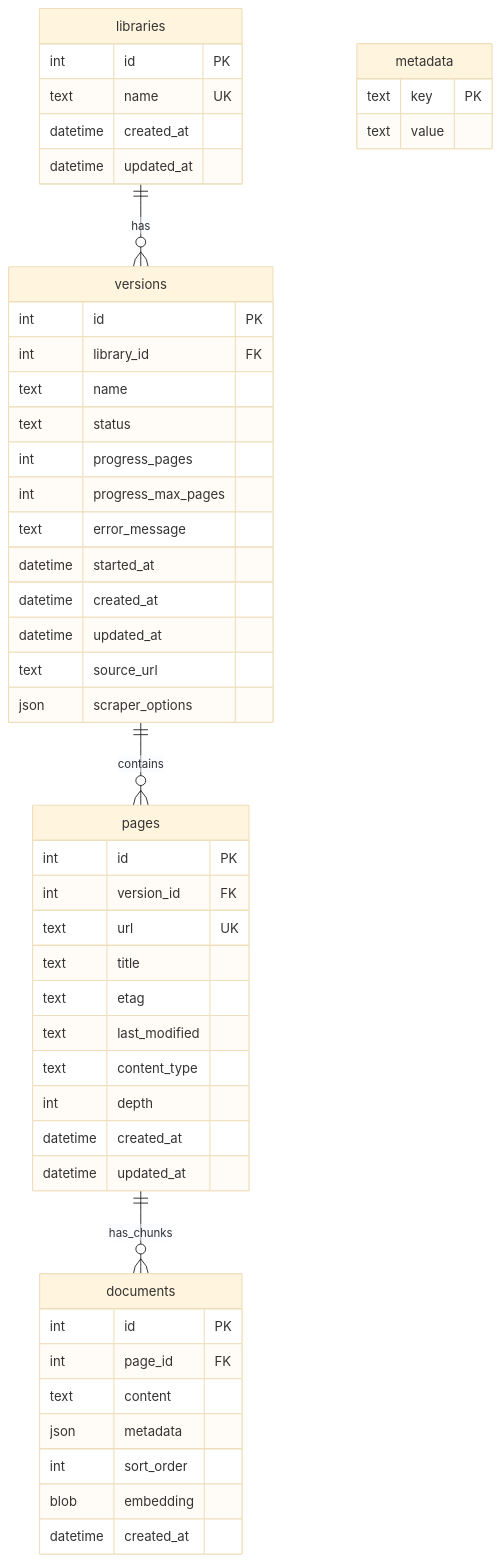
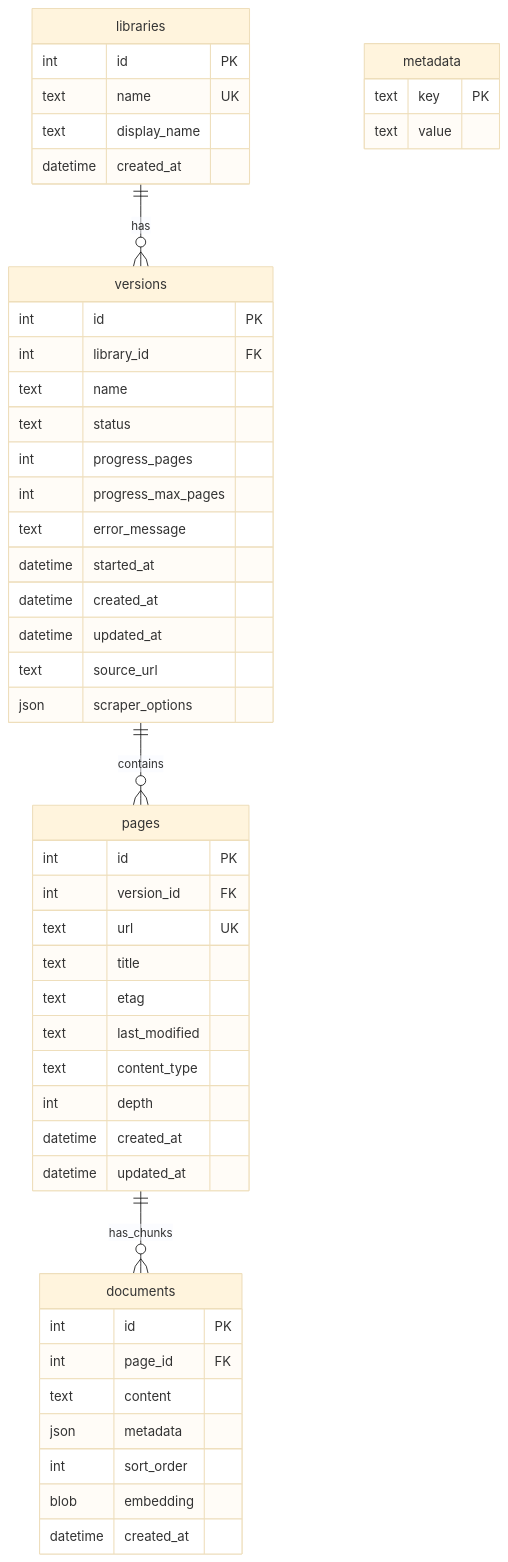
Before and after one commit to arabold/docs-mcp-server: the diagram in docs/concepts/data-storage.md, drawn with Mermaid (base theme). The commit also changed other lines of this file and 41 other files, not shown here.

````diff
--- a/docs/concepts/data-storage.md
+++ b/docs/concepts/data-storage.md
@@ -11,56 +11,56 @@
 ```mermaid
 erDiagram
     libraries ||--o{ versions : has
     versions ||--o{ pages : contains
     pages ||--o{ documents : has_chunks
     
     libraries {
         int id PK
         text name UK
+        text display_name
         datetime created_at
-        datetime updated_at
     }
     
     versions {
         int id PK
         int library_id FK
         text name
         text status
         int progress_pages
         int progress_max_pages
         text error_message
         datetime started_at
         datetime created_at
         datetime updated_at
         text source_url
         json scraper_options
     }
     
     pages {
         int id PK
         int version_id FK
         text url UK
         text title
         text etag
         text last_modified
         text content_type
         int depth
         datetime created_at
         datetime updated_at
     }
     
     documents {
         int id PK
         int page_id FK
         text content
         json metadata
         int sort_order
         blob embedding
         datetime created_at
     }
 
     metadata {
         text key PK
         text value
     }
 ```
````
